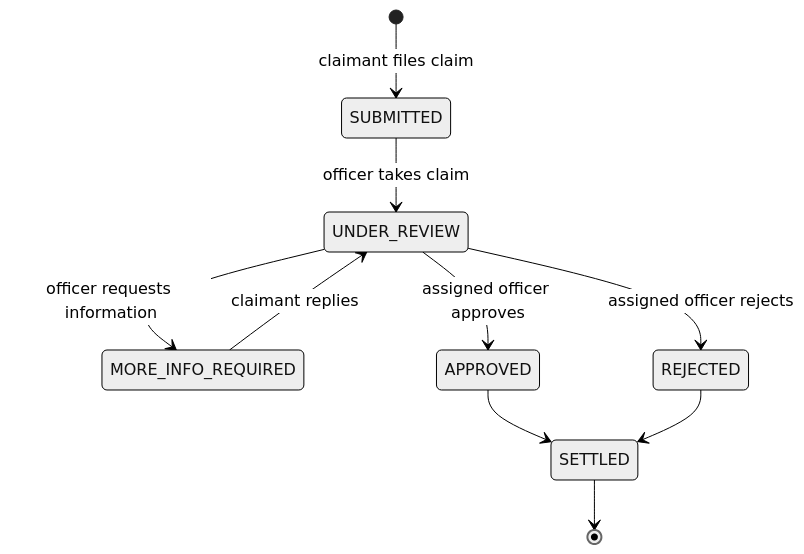
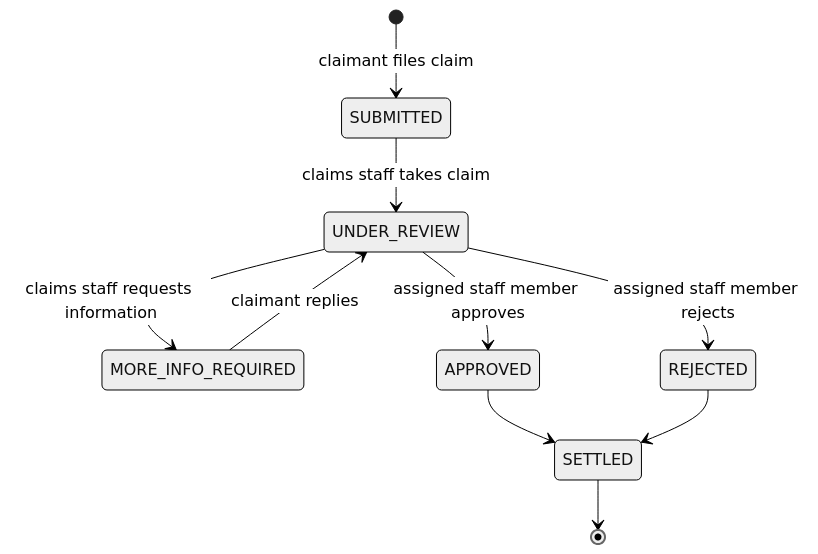
The third of 4 diagrams in architecture.md (Prathyusha0405/Claims-Platform), drawn with Mermaid (neutral theme) before and after one commit. The commit also changed other lines of this file and 216 other files, not shown here.

````diff
--- a/architecture.md
+++ b/architecture.md
@@ -92,12 +161,12 @@
 ```mermaid
 stateDiagram-v2
     [*] --> SUBMITTED: claimant files claim
-    SUBMITTED --> UNDER_REVIEW: officer takes claim
-    UNDER_REVIEW --> MORE_INFO_REQUIRED: officer requests information
+    SUBMITTED --> UNDER_REVIEW: claims staff takes claim
+    UNDER_REVIEW --> MORE_INFO_REQUIRED: claims staff requests information
     MORE_INFO_REQUIRED --> UNDER_REVIEW: claimant replies
-    UNDER_REVIEW --> APPROVED: assigned officer approves
-    UNDER_REVIEW --> REJECTED: assigned officer rejects
+    UNDER_REVIEW --> APPROVED: assigned staff member approves
+    UNDER_REVIEW --> REJECTED: assigned staff member rejects
     APPROVED --> SETTLED
     REJECTED --> SETTLED
     SETTLED --> [*]
 ```
````
